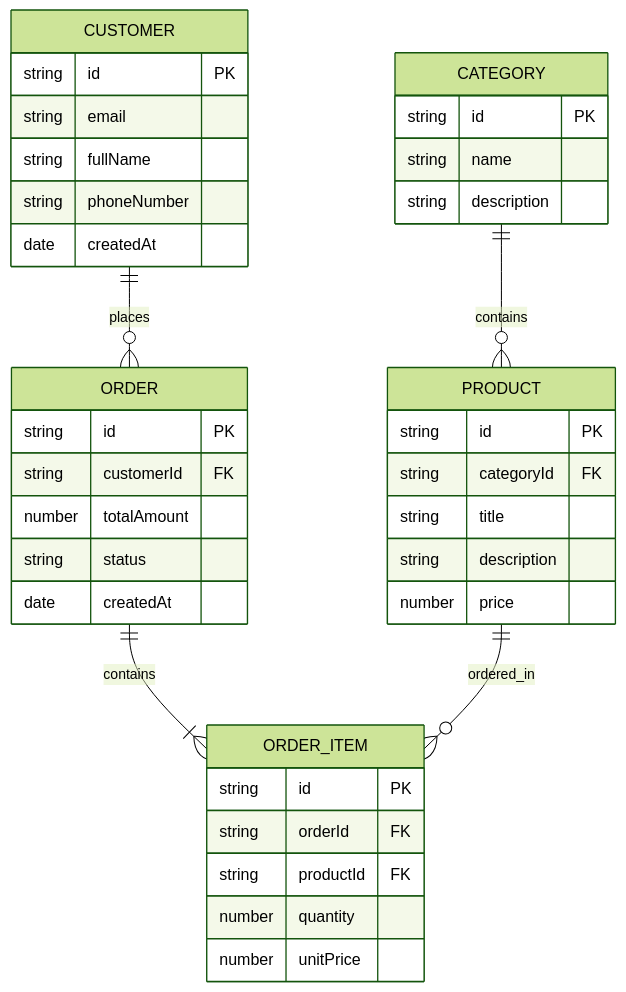
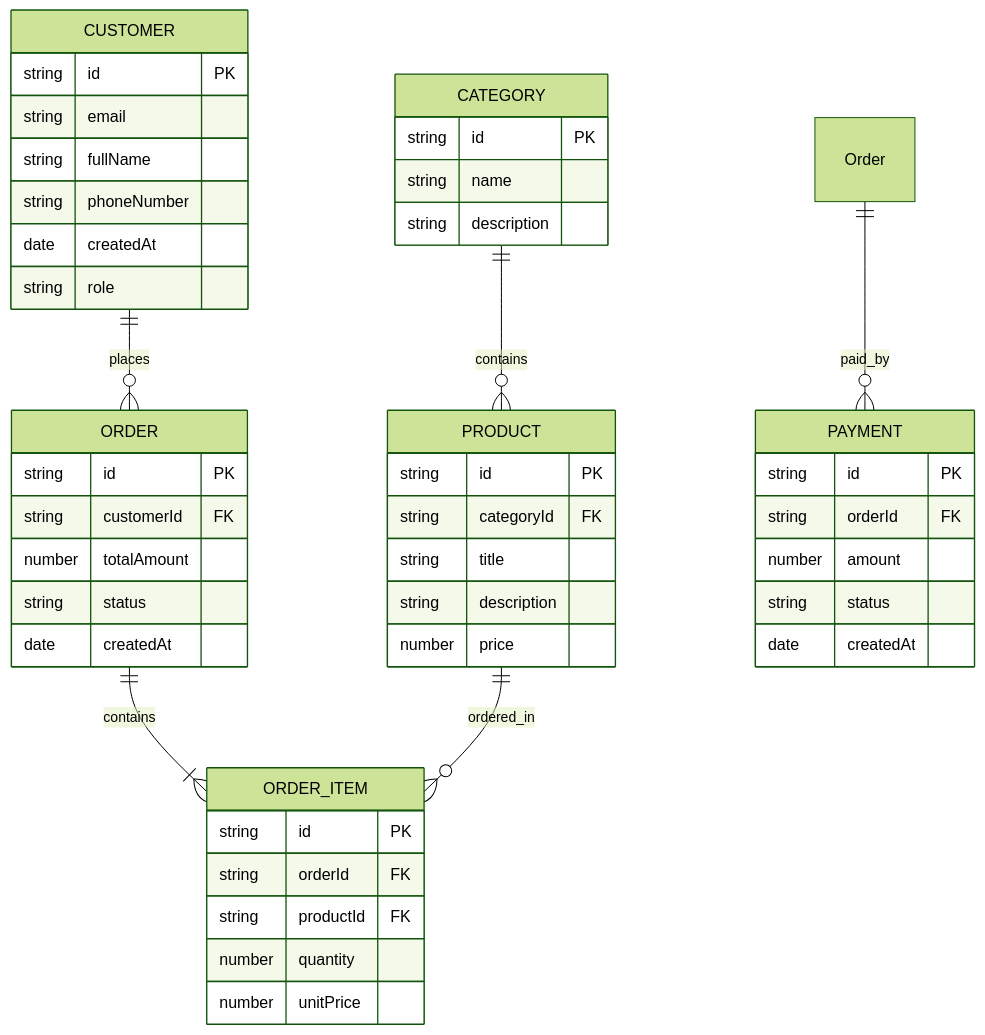
Before and after one commit to Mariakolodchenkoi/KPI-labs: the diagram in lab1/model.md, drawn with Mermaid (forest theme). The commit also changed 1 other file, not shown here.

Commit message:
правки до лаб1 додала роль користувача та payment entity

````diff
--- a/lab1/model.md
+++ b/lab1/model.md
@@ -1,47 +1,58 @@
 ```mermaid
 erDiagram
 
     CATEGORY ||--o{ PRODUCT : contains
     CUSTOMER ||--o{ ORDER : places
     ORDER ||--|{ ORDER_ITEM : contains
     PRODUCT ||--o{ ORDER_ITEM : ordered_in
+    Order ||--o{ PAYMENT : paid_by
     
   
     CUSTOMER {
         string id PK
         string email
         string fullName
         string phoneNumber
-        date createdAt
+        date createdAt 
+        string role
     }
 
     CATEGORY {
         string id PK
         string name
         string description
     }
 
     PRODUCT {
         string id PK
         string categoryId FK
         string title
         string description
         number price
     }
 
     ORDER {
         string id PK
         string customerId FK
         number totalAmount
         string status
         date createdAt
     }
 
     ORDER_ITEM {
         string id PK
         string orderId FK
         string productId FK
         number quantity
         number unitPrice
     }
+
+    
+    PAYMENT {
+    string id PK
+    string orderId FK
+    number amount
+    string status
+    date createdAt
+    }
 ```
````
